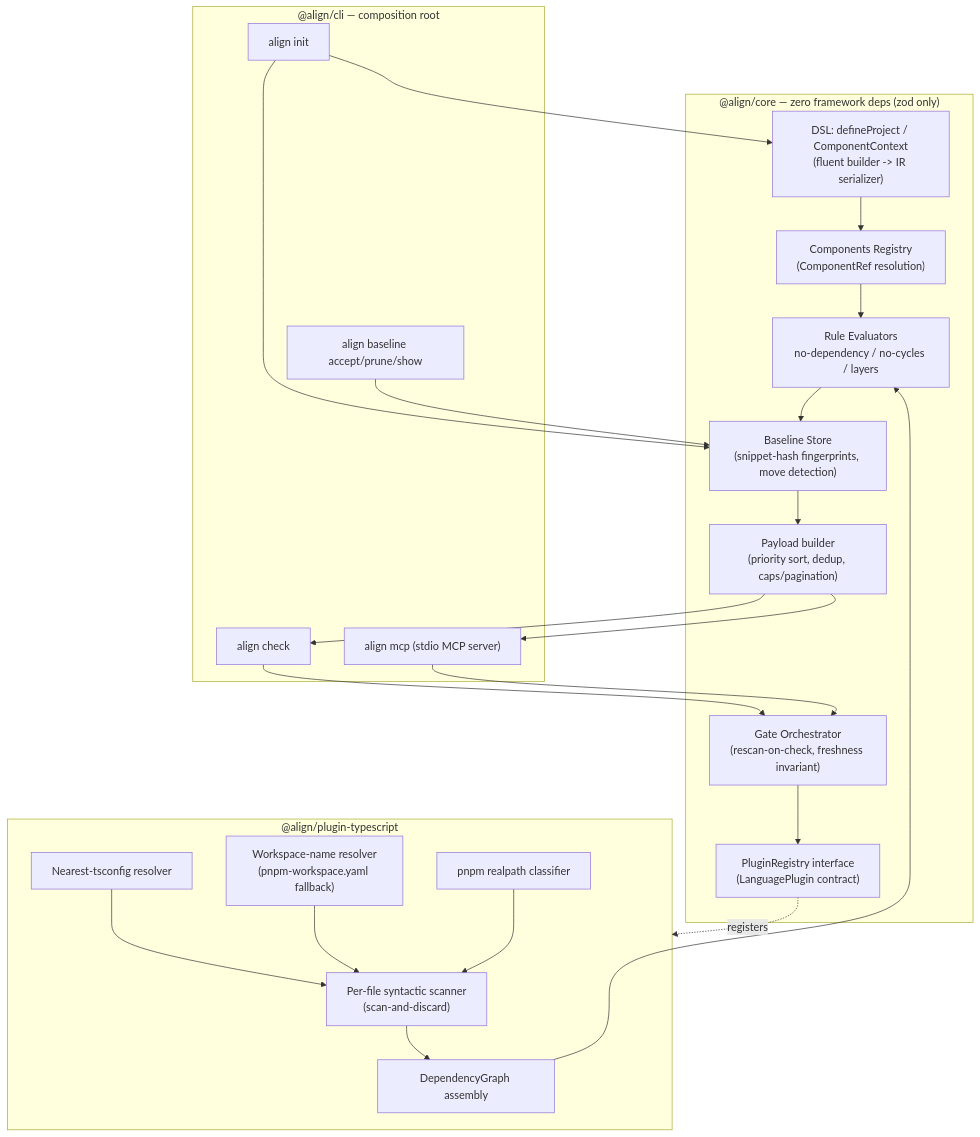
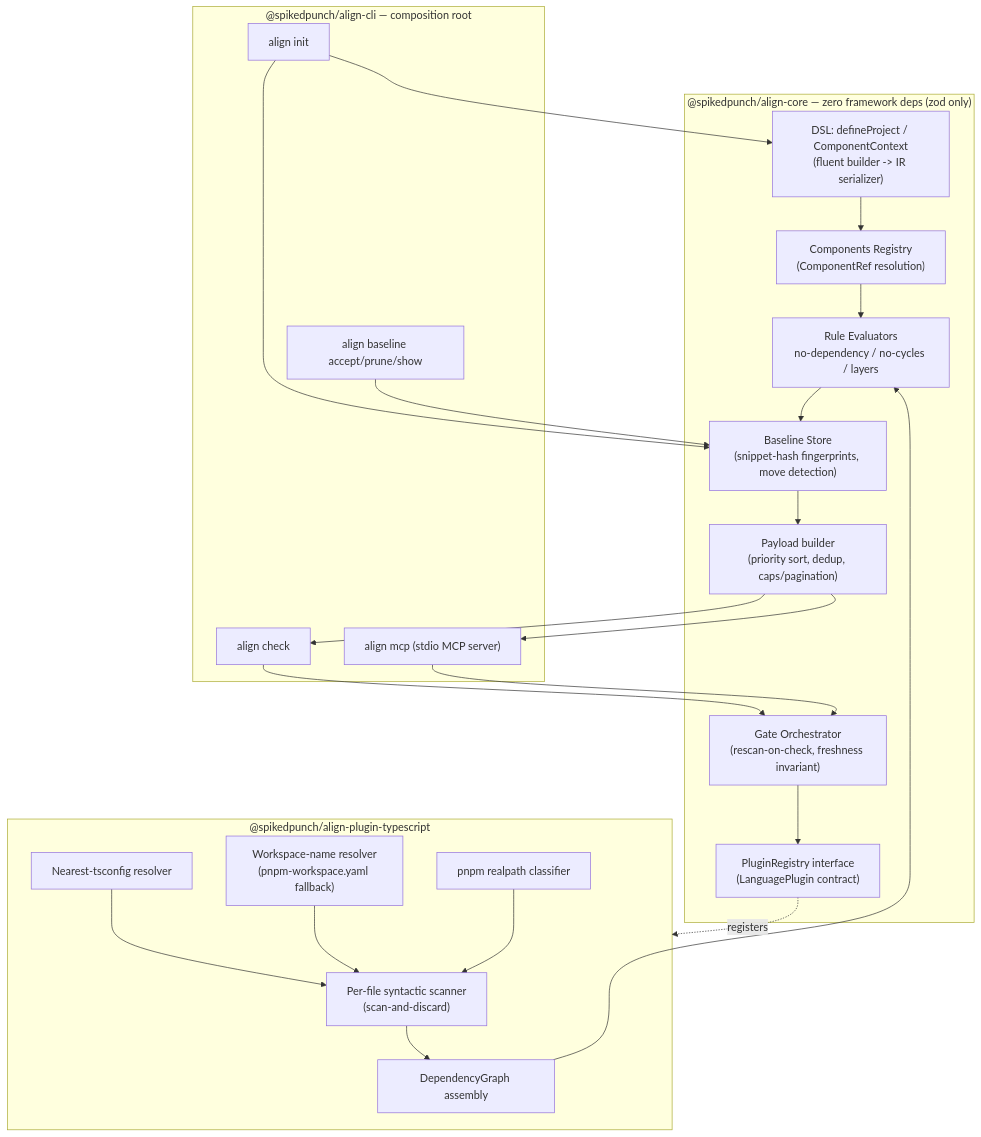
The diagram in ARCHITECTURE.md (SpikedPunchVictim/align), drawn with Mermaid before and after one commit. The commit also changed other lines of this file and 84 other files, not shown here.

````diff
--- a/ARCHITECTURE.md
+++ b/ARCHITECTURE.md
@@ -42,48 +42,48 @@
 ```mermaid
 flowchart TB
-  subgraph CLI["@align/cli — composition root"]
+  subgraph CLI["@spikedpunch/align-cli — composition root"]
     Init["align init"]
     Check["align check"]
     Baseline["align baseline accept/prune/show"]
     Mcp["align mcp (stdio MCP server)"]
   end
 
-  subgraph Core["@align/core — zero framework deps (zod only)"]
+  subgraph Core["@spikedpunch/align-core — zero framework deps (zod only)"]
     DSL["DSL: defineProject / ComponentContext\n(fluent builder -> IR serializer)"]
     Registry["Components Registry\n(ComponentRef resolution)"]
     Orchestrator["Gate Orchestrator\n(rescan-on-check, freshness invariant)"]
     Evaluators["Rule Evaluators\nno-dependency / no-cycles / layers"]
     BaselineStore["Baseline Store\n(snippet-hash fingerprints, move detection)"]
     PluginIface["PluginRegistry interface\n(LanguagePlugin contract)"]
     Payload["Payload builder\n(priority sort, dedup, caps/pagination)"]
   end
 
-  subgraph Plugin["@align/plugin-typescript"]
+  subgraph Plugin["@spikedpunch/align-plugin-typescript"]
     Scanner["Per-file syntactic scanner\n(scan-and-discard)"]
     TsConfig["Nearest-tsconfig resolver"]
     Workspace["Workspace-name resolver\n(pnpm-workspace.yaml fallback)"]
     Realpath["pnpm realpath classifier"]
     GraphBuild["DependencyGraph assembly"]
   end
 
   Init --> DSL
   Init --> BaselineStore
   Check --> Orchestrator
   Mcp --> Orchestrator
   Baseline --> BaselineStore
 
   Orchestrator --> PluginIface
   PluginIface -. registers .-> Plugin
   Scanner --> GraphBuild
   TsConfig --> Scanner
   Workspace --> Scanner
   Realpath --> Scanner
   GraphBuild --> Evaluators
 
   DSL --> Registry
   Registry --> Evaluators
   Evaluators --> BaselineStore
   BaselineStore --> Payload
   Payload --> Check
   Payload --> Mcp
 ```
````
